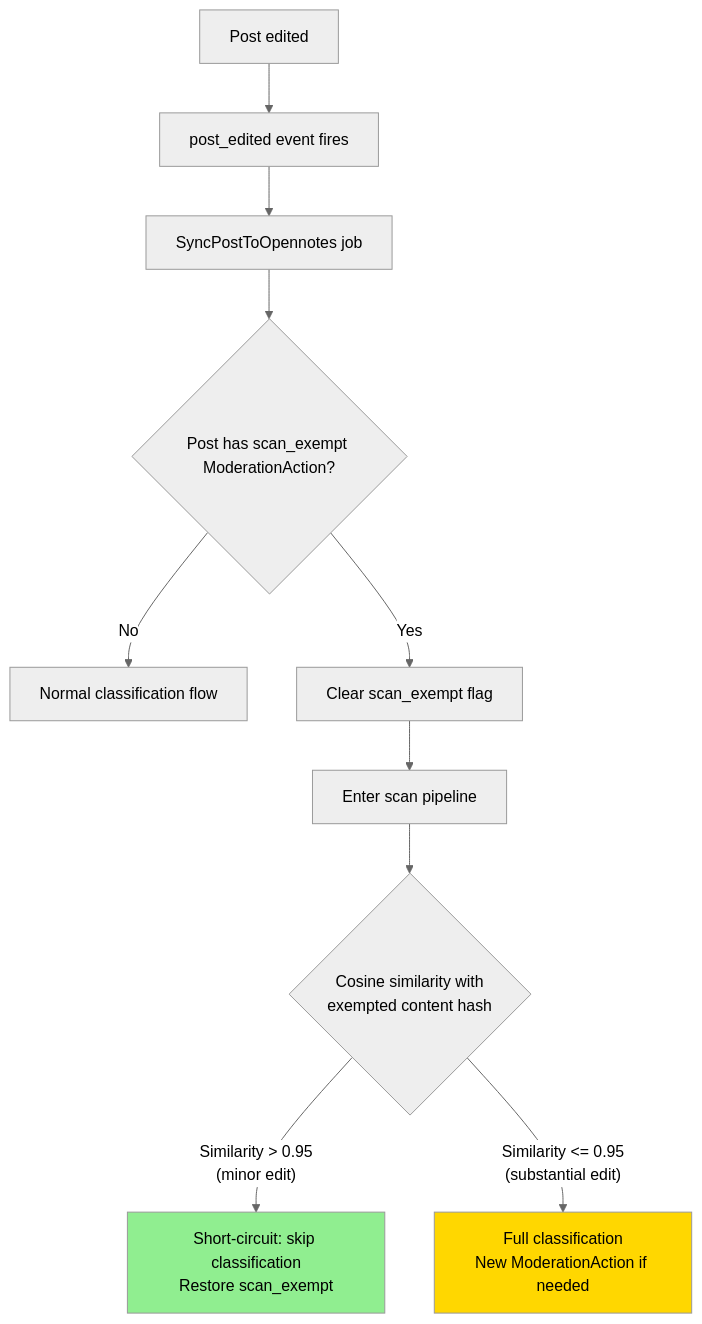
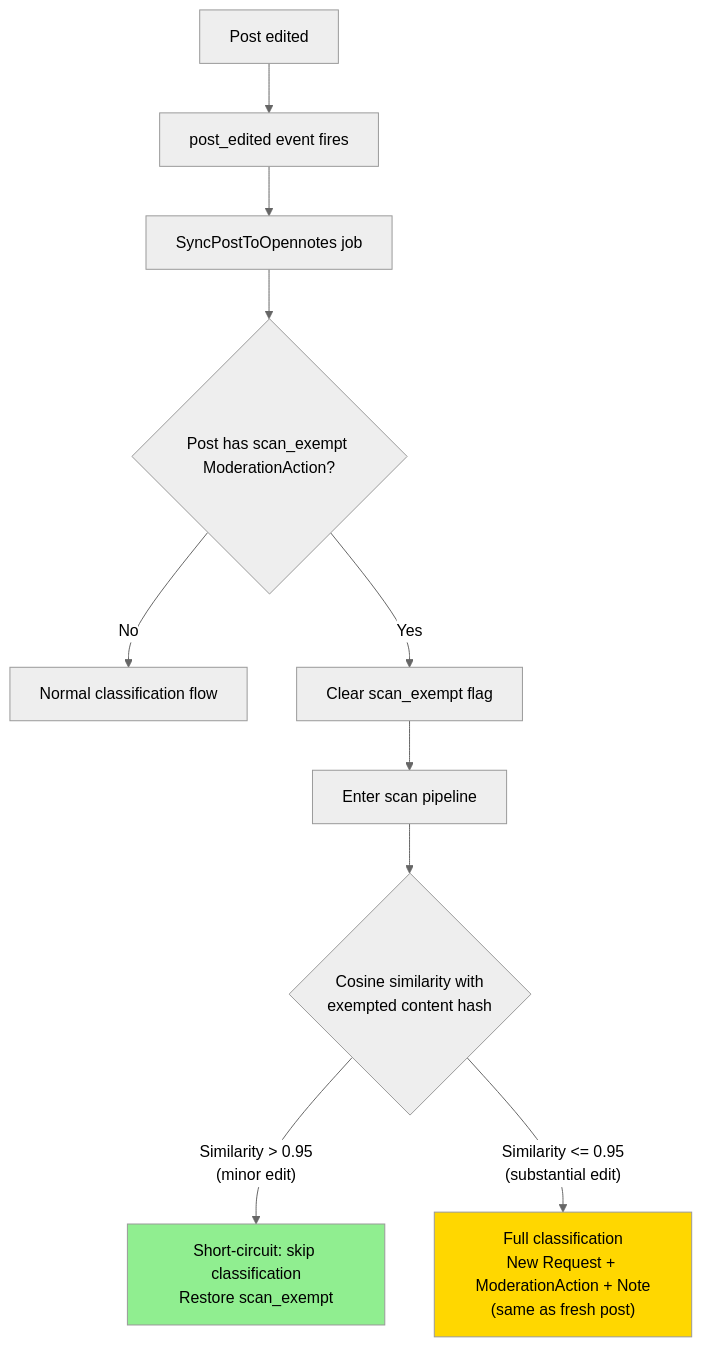
One commit to opennotes-ai/opennotes changed the tenth of 10 diagrams in opennotes-discourse/docs/MVP-SPEC.md. Above: the diagram before and after it, drawn with Mermaid (neutral theme). The commit also changed other lines of this file, not shown here.

First line of the commit message:
fix(discourse): address Codex review of moderation-action contract

````diff
--- a/opennotes-discourse/docs/MVP-SPEC.md
+++ b/opennotes-discourse/docs/MVP-SPEC.md
@@ -1002,15 +1010,15 @@
 ```mermaid
 flowchart TD
     A["Post edited"] --> B["post_edited event fires"]
     B --> C["SyncPostToOpennotes job"]
     C --> D{"Post has scan_exempt ModerationAction?"}
     D -->|No| E["Normal classification flow"]
     D -->|Yes| F["Clear scan_exempt flag"]
     F --> G["Enter scan pipeline"]
     G --> H{"Cosine similarity with\nexempted content hash"}
     H -->|"Similarity > 0.95\n(minor edit)"| I["Short-circuit: skip classification\nRestore scan_exempt"]
-    H -->|"Similarity <= 0.95\n(substantial edit)"| J["Full classification\nNew ModerationAction if needed"]
+    H -->|"Similarity <= 0.95\n(substantial edit)"| J["Full classification\nNew Request + ModerationAction + Note\n(same as fresh post)"]
 
     style I fill:#90EE90
     style J fill:#FFD700
 ```
````
